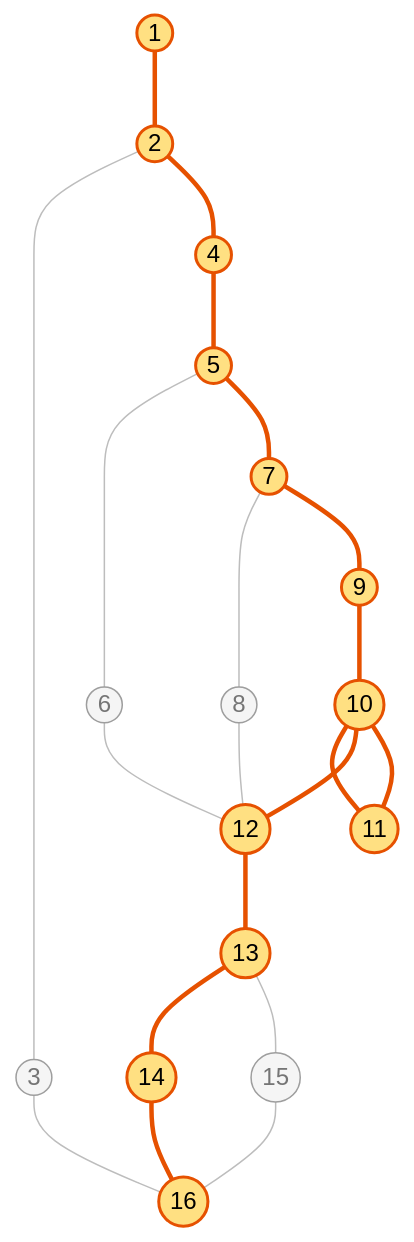
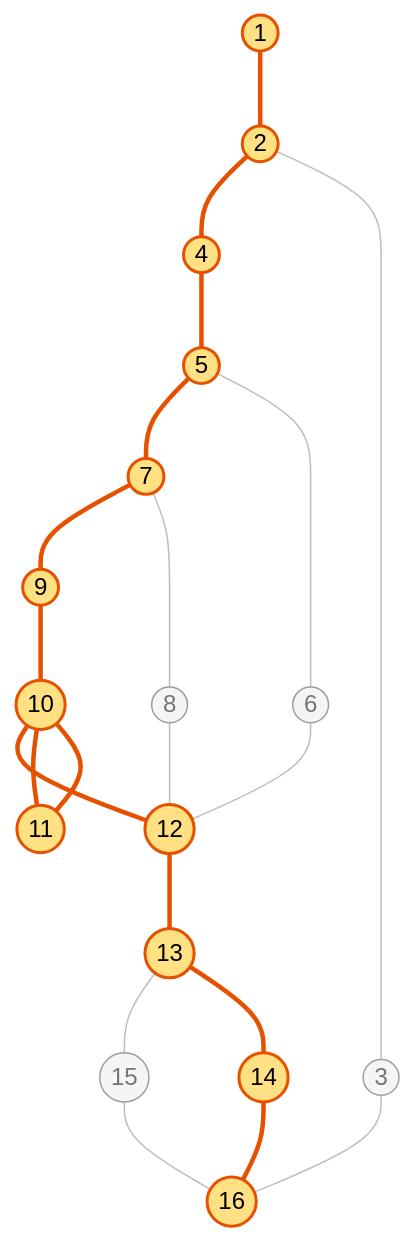
One commit to bloedige/itdb_ctf changed the sixth of 7 diagrams in tests/docs/caja_blanca_03_puntaje_total_usuario.md. Above: the diagram before and after it, drawn with Mermaid. The commit also changed other lines of this file and 47 other files, not shown here.

````diff
--- a/tests/docs/caja_blanca_03_puntaje_total_usuario.md
+++ b/tests/docs/caja_blanca_03_puntaje_total_usuario.md
@@ -254,28 +286,28 @@
 ```mermaid
 graph TD
     n1((1)) --- n2((2))
-    n2 --- n3((3))
-    n3 --- n16((16))
     n2 --- n4((4))
     n4 --- n5((5))
-    n5 --- n6((6))
-    n6 --- n12((12))
     n5 --- n7((7))
+    n7 --- n9((9))
+    n9 --- n10((10))
+    n10 --- n12((12))
+    n12 --- n13((13))
+    n13 --- n15((15))
+    n15 --- n16((16))
+    n13 --- n14((14))
+    n14 --- n16
+    n10 --- n11((11))
+    n11 --- n10
     n7 --- n8((8))
     n8 --- n12
-    n7 --- n9((9))
-    n9 --- n10((10))
-    n10 --- n11((11))
-    n11 --- n10
-    n10 --- n12
-    n12 --- n13((13))
-    n13 --- n14((14))
-    n14 --- n16
-    n13 --- n15((15))
-    n15 --- n16
+    n5 --- n6((6))
+    n6 --- n12
+    n2 --- n3((3))
+    n3 --- n16
     classDef default fill:#f5f5f5,stroke:#9e9e9e,color:#757575
     classDef camino fill:#ffe082,stroke:#e65100,stroke-width:2px,color:#000
     class n1,n2,n4,n5,n7,n9,n10,n11,n12,n13,n14,n16 camino
     linkStyle default stroke:#bdbdbd,stroke-width:1px
-    linkStyle 0,3,4,7,10,11,12,13,14,15,16,17 stroke:#e65100,stroke-width:3px
+    linkStyle 0,1,2,3,4,5,12,13,6,7,10,11 stroke:#e65100,stroke-width:3px
 ```
````
